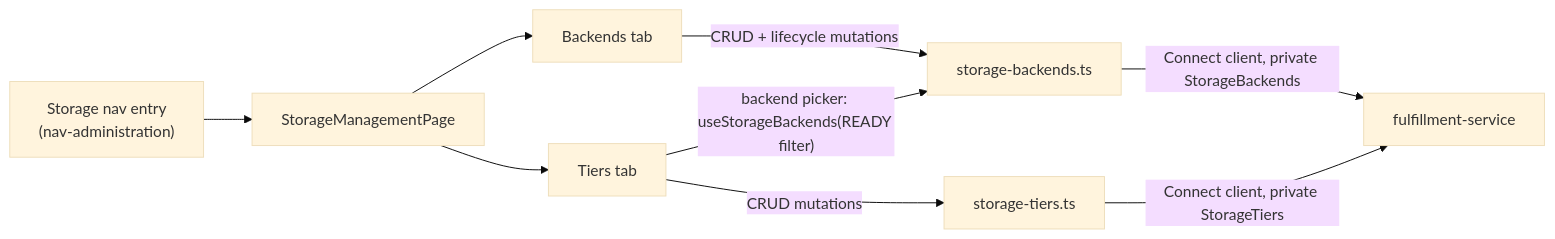
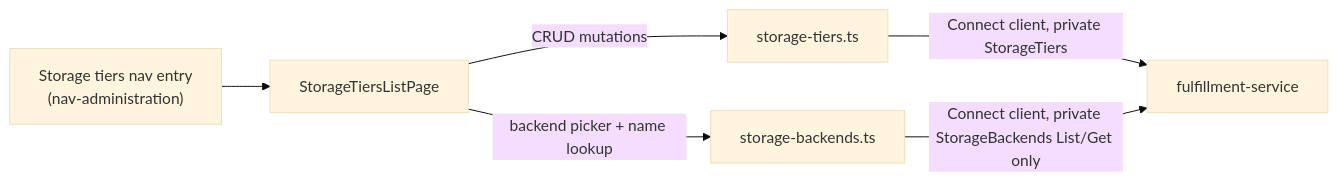
One commit to ElayAharoni/osac-ui changed the diagram in docs/storage-ui-design.md. Above: the diagram before and after it, drawn with Mermaid (base theme). The commit also changed other lines of this file, not shown here.

First line of the commit message:
OSAC-1110: narrow storage UI design to StorageTier only

````diff
--- a/docs/storage-ui-design.md
+++ b/docs/storage-ui-design.md
@@ -47,11 +47,8 @@
 ```mermaid
 flowchart LR
-    Nav["Storage nav entry<br/>(nav-administration)"] --> Page[StorageManagementPage]
-    Page --> BackendsTab[Backends tab]
-    Page --> TiersTab[Tiers tab]
-    BackendsTab -->|CRUD + lifecycle mutations| BackendHooks[storage-backends.ts]
-    TiersTab -->|CRUD mutations| TierHooks[storage-tiers.ts]
-    TiersTab -->|"backend picker: useStorageBackends(READY filter)"| BackendHooks
-    BackendHooks -->|Connect client, private StorageBackends| API[fulfillment-service]
-    TierHooks -->|Connect client, private StorageTiers| API
+    Nav["Storage tiers nav entry<br/>(nav-administration)"] --> Page[StorageTiersListPage]
+    Page -->|CRUD mutations| TierHooks[storage-tiers.ts]
+    Page -->|"backend picker + name lookup"| BackendHooks[storage-backends.ts]
+    TierHooks -->|Connect client, private StorageTiers| API[fulfillment-service]
+    BackendHooks -->|Connect client, private StorageBackends List/Get only| API
 ```
````
